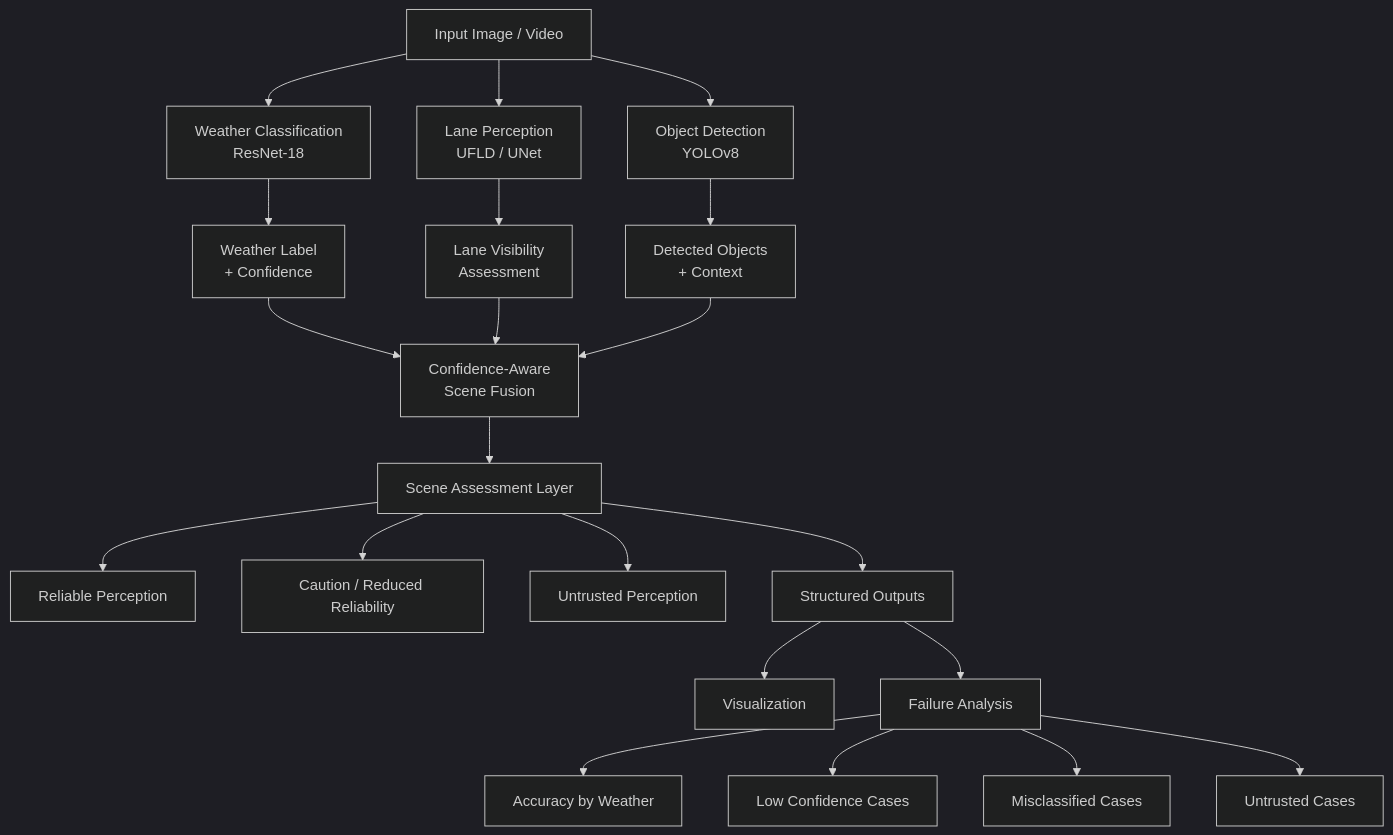
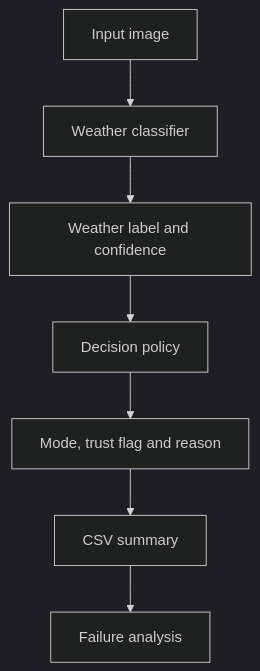
Before and after one commit to utkarshoo7/weathersight: the diagram in README.md, drawn with Mermaid (dark theme). The commit also changed other lines of this file, not shown here.

````diff
--- a/README.md
+++ b/README.md
@@ -56,32 +19,9 @@
 ```mermaid
 flowchart TD
-    A[Input Image / Video]
-
-    A --> B[Weather Classification<br/>ResNet-18]
-    A --> C[Lane Perception<br/>UFLD / UNet]
-    A --> D[Object Detection<br/>YOLOv8]
-
-    B --> E[Weather Label<br/>+ Confidence]
-    C --> F[Lane Visibility<br/>Assessment]
-    D --> G[Detected Objects<br/>+ Context]
-
-    E --> H[Confidence-Aware<br/>Scene Fusion]
-    F --> H
-    G --> H
-
-    H --> I[Scene Assessment Layer]
-
-    I --> J[Reliable Perception]
-    I --> K[Caution / Reduced Reliability]
-    I --> L[Untrusted Perception]
-
-    I --> M[Structured Outputs]
-
-    M --> N[Visualization]
-    M --> O[Failure Analysis]
-
-    O --> P[Accuracy by Weather]
-    O --> Q[Low Confidence Cases]
-    O --> R[Misclassified Cases]
-    O --> S[Untrusted Cases]
+    A[Input image] --> B[Weather classifier]
+    B --> C[Weather label and confidence]
+    C --> D[Decision policy]
+    D --> E[Mode, trust flag and reason]
+    E --> F[CSV summary]
+    F --> G[Failure analysis]
 ```
````
